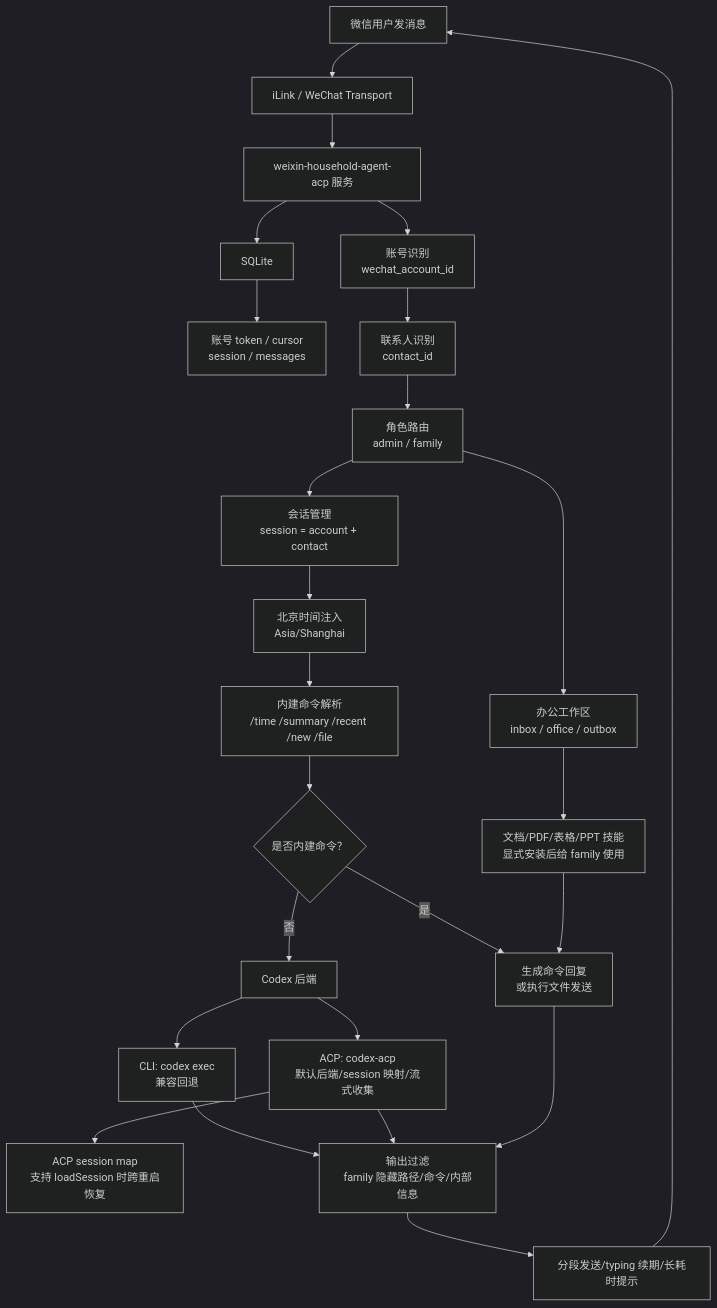
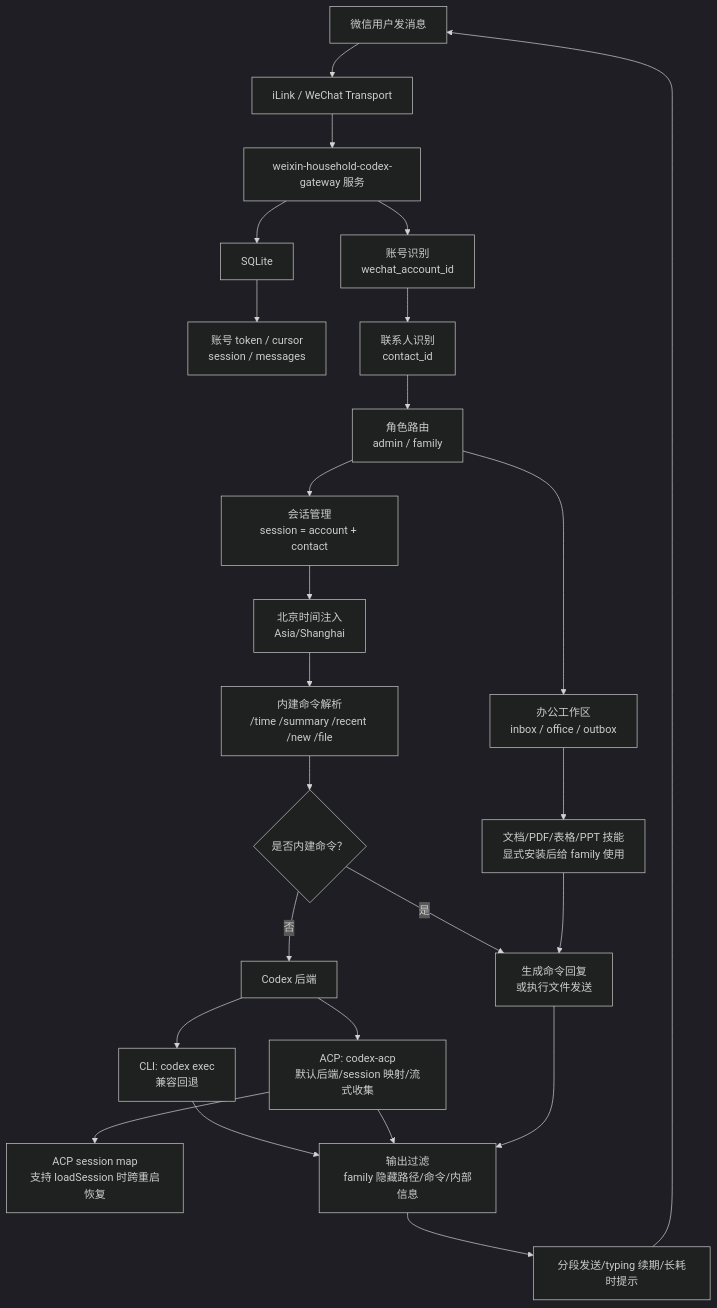
Before and after one commit to thekfjie/weixin-household-agent-acp: the diagram in README.md, drawn with Mermaid (dark theme). The commit also changed other lines of this file and 27 other files, not shown here.

Commit message:
Rename gateway and improve installer and session flow

````diff
--- a/README.md
+++ b/README.md
@@ -150,27 +207,27 @@
 ```mermaid
 flowchart TD
   A["微信用户发消息"] --> B["iLink / WeChat Transport"]
-  B --> C["weixin-household-agent-acp 服务"]
+  B --> C["weixin-household-codex-gateway 服务"]
   C --> D["账号识别<br/>wechat_account_id"]
   C --> DB["SQLite"]
   DB --> DB1["账号 token / cursor<br/>session / messages"]
   D --> E["联系人识别<br/>contact_id"]
   E --> F["角色路由<br/>admin / family"]
   F --> G["会话管理<br/>session = account + contact"]
   G --> T["北京时间注入<br/>Asia/Shanghai"]
   T --> CMD["内建命令解析<br/>/time /summary /recent /new /file"]
   CMD --> Q{"是否内建命令？"}
   Q -->|"是"| R["生成命令回复<br/>或执行文件发送"]
   Q -->|"否"| S["Codex 后端"]
   S --> S1["CLI: codex exec<br/>兼容回退"]
   S --> S2["ACP: codex-acp<br/>默认后端/session 映射/流式收集"]
   S2 --> M["ACP session map<br/>支持 loadSession 时跨重启恢复"]
   F --> W["办公工作区<br/>inbox / office / outbox"]
   W --> OX["文档/PDF/表格/PPT 技能<br/>显式安装后给 family 使用"]
   OX --> R
   S1 --> O["输出过滤<br/>family 隐藏路径/命令/内部信息"]
   S2 --> O
   R --> O
   O --> P["分段发送/typing 续期/长耗时提示"]
   P --> A
 ```
````
